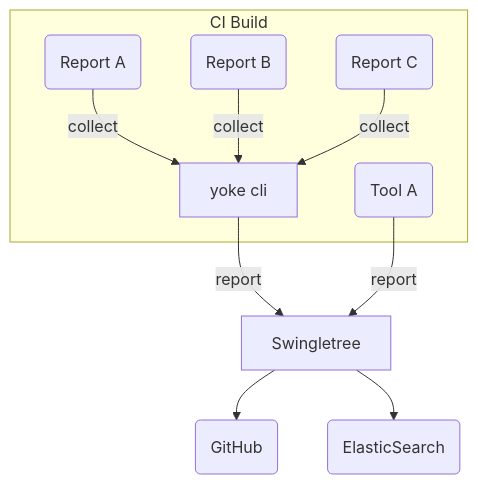
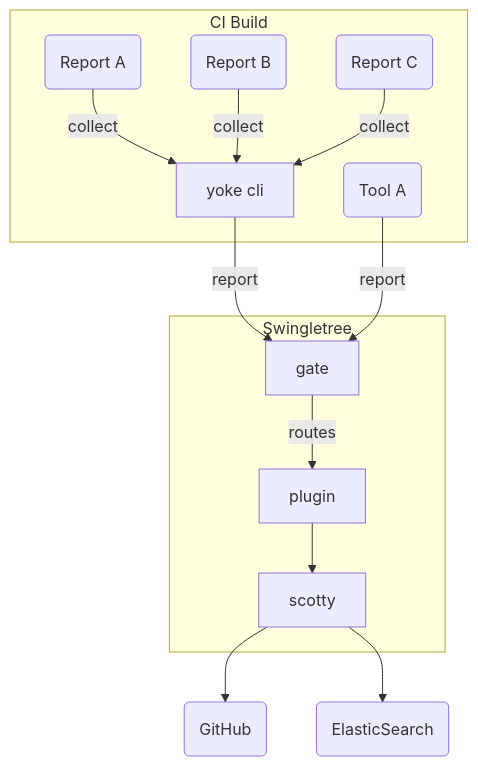
One commit to swingletree-oss/swingletree changed the diagram in docs/_docs/index.md. Above: the diagram before and after it, drawn with Mermaid.

Commit message:
docs: update swingletree flow chart

```diff
--- a/docs/_docs/index.md
+++ b/docs/_docs/index.md
@@ -22,24 +22,32 @@
 <div class="mermaid">
     graph TD
     subgraph CI Build
       A(Report A)
       B(Report B) 
       C(Report C)
       tool(Tool A)
       yoke[yoke cli]
     end
     
     gh(GitHub)
     elastic(ElasticSearch)
-    swing[Swingletree]
+
+    subgraph Swingletree
+      gate
+      plugin
+      scotty
+    end
     
     A --collect--> yoke
     B --collect--> yoke
     C --collect--> yoke
     
-    yoke --report--> swing
-    tool --report--> swing
+    yoke --report--> gate
+    tool --report--> gate
     
-    swing --> gh
-    swing --> elastic
+    gate --routes--> plugin
+    plugin --> scotty
+
+    scotty --> gh
+    scotty --> elastic
 </div>
```
